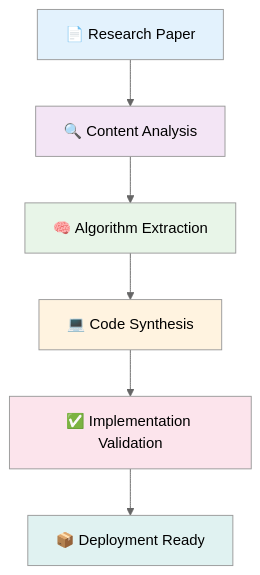
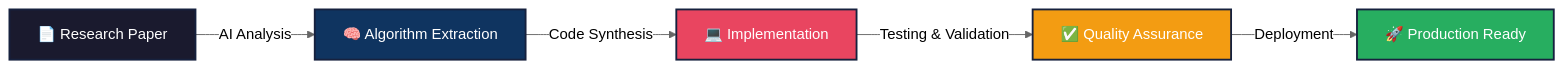
The diagram in README.md (randy888chan/DeepCode), drawn with Mermaid (neutral theme) before and after one commit. The commit also changed other lines of this file and 21 other files, not shown here.

````diff
--- a/README.md
+++ b/README.md
@@ -25,15 +29,13 @@
 ```mermaid
-flowchart TD
-    A[📄 Research Paper] --> B[🔍 Content Analysis]
-    B --> C[🧠 Algorithm Extraction]
-    C --> D[💻 Code Synthesis]
-    D --> E[✅ Implementation Validation]
-    E --> F[📦 Deployment Ready]
+graph LR
+    A[📄 Research Paper] -->|AI Analysis| B[🧠 Algorithm Extraction]
+    B -->|Code Synthesis| C[💻 Implementation]
+    C -->|Testing & Validation| D[✅ Quality Assurance]
+    D -->|Deployment| E[🚀 Production Ready]
     
-    style A fill:#e3f2fd
-    style B fill:#f3e5f5
-    style C fill:#e8f5e8
-    style D fill:#fff3e0
-    style E fill:#fce4ec
-    style F fill:#e0f2f1
+    style A fill:#1a1a2e,stroke:#16213e,stroke-width:2px,color:#fff
+    style B fill:#0f3460,stroke:#16213e,stroke-width:2px,color:#fff
+    style C fill:#e94560,stroke:#16213e,stroke-width:2px,color:#fff
+    style D fill:#f39c12,stroke:#16213e,stroke-width:2px,color:#fff
+    style E fill:#27ae60,stroke:#16213e,stroke-width:2px,color:#fff
 ```
````
